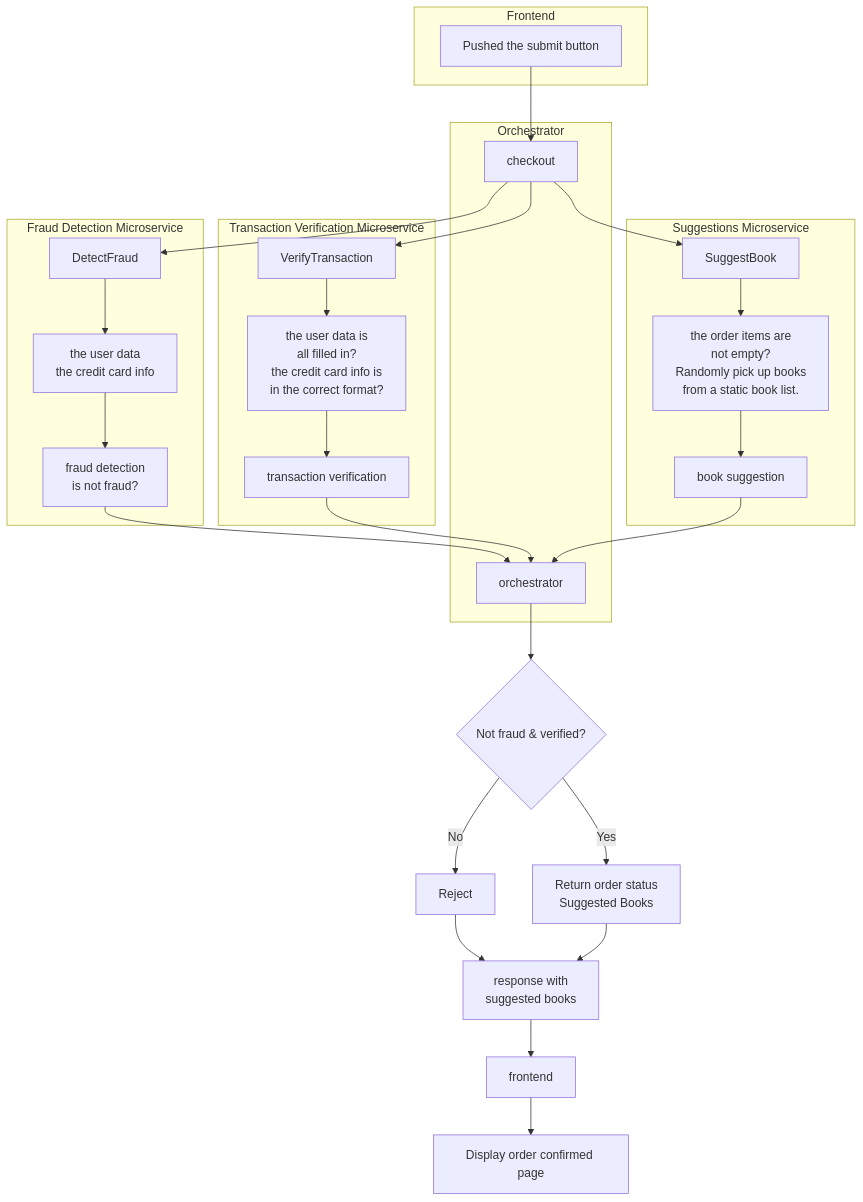
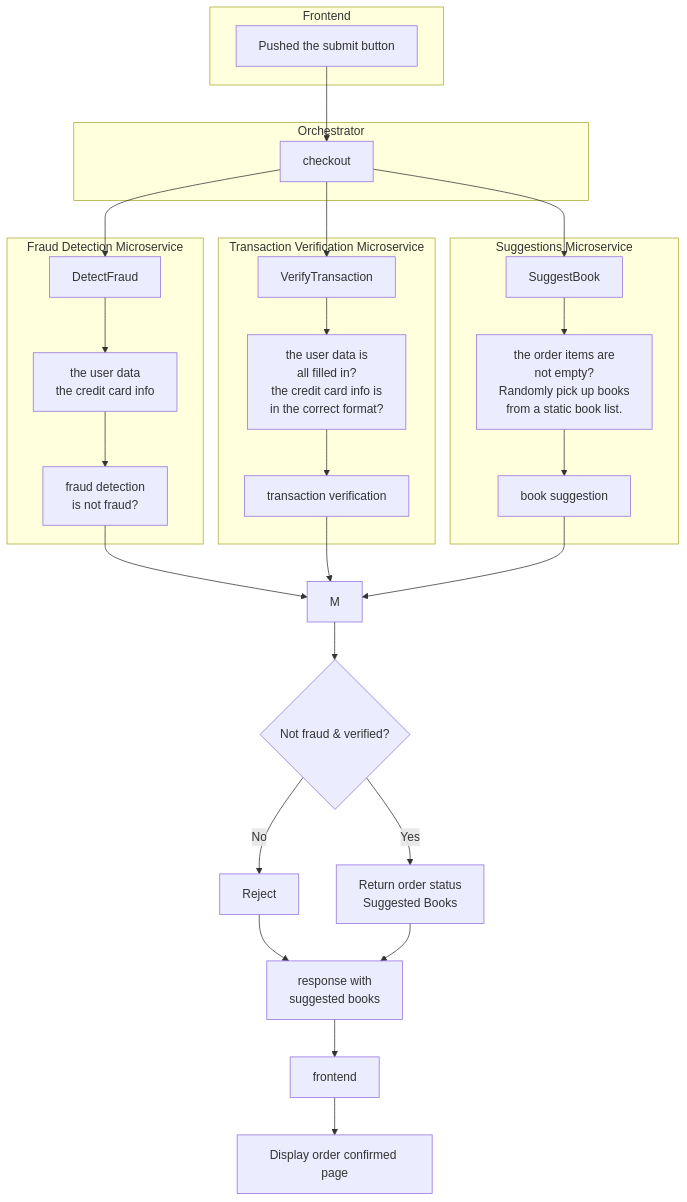
The second of 2 diagrams in README.md (mharisirfan/ds-practice-2025), drawn with Mermaid before and after one commit.

Commit message:
Remove orchestrator node from README diagram
Removed the orchestrator node from the diagram.

````diff
--- a/README.md
+++ b/README.md
@@ -29,46 +29,45 @@
 ```mermaid
 graph TD
     subgraph Frontend
         B[Pushed the submit button]
     end
 
     subgraph Orchestrator
         B --> C[checkout]
-        M[orchestrator]
     end
 
     subgraph "Fraud Detection Microservice"
         D[DetectFraud] --> G[the user data<br/>the credit card info]
         G --> J[fraud detection<br/>is not fraud?]
     end
 
     subgraph "Transaction Verification Microservice"
         E[VerifyTransaction] --> H[the user data is<br/>all filled in?<br/>the credit card info is<br/>in the correct format?]
         H --> K[transaction verification]
     end
 
     subgraph "Suggestions Microservice"
         F[SuggestBook] --> I[the order items are<br/>not empty?<br/>Randomly pick up books<br/>from a static book list.]
         I --> L[book suggestion]
     end
 
     C --> D
     C --> E
     C --> F
 
     J --> M
     K --> M
     L --> M
 
     M --> N{Not fraud & verified?}
 
     N -->|No| O[Reject]
     N -->|Yes| P[Return order status<br/>Suggested Books]
 
     O --> Q[response with<br/>suggested books]
     P --> Q
 
     Q --> R[frontend]
 
     R --> S[Display order confirmed page]
 ```
````
